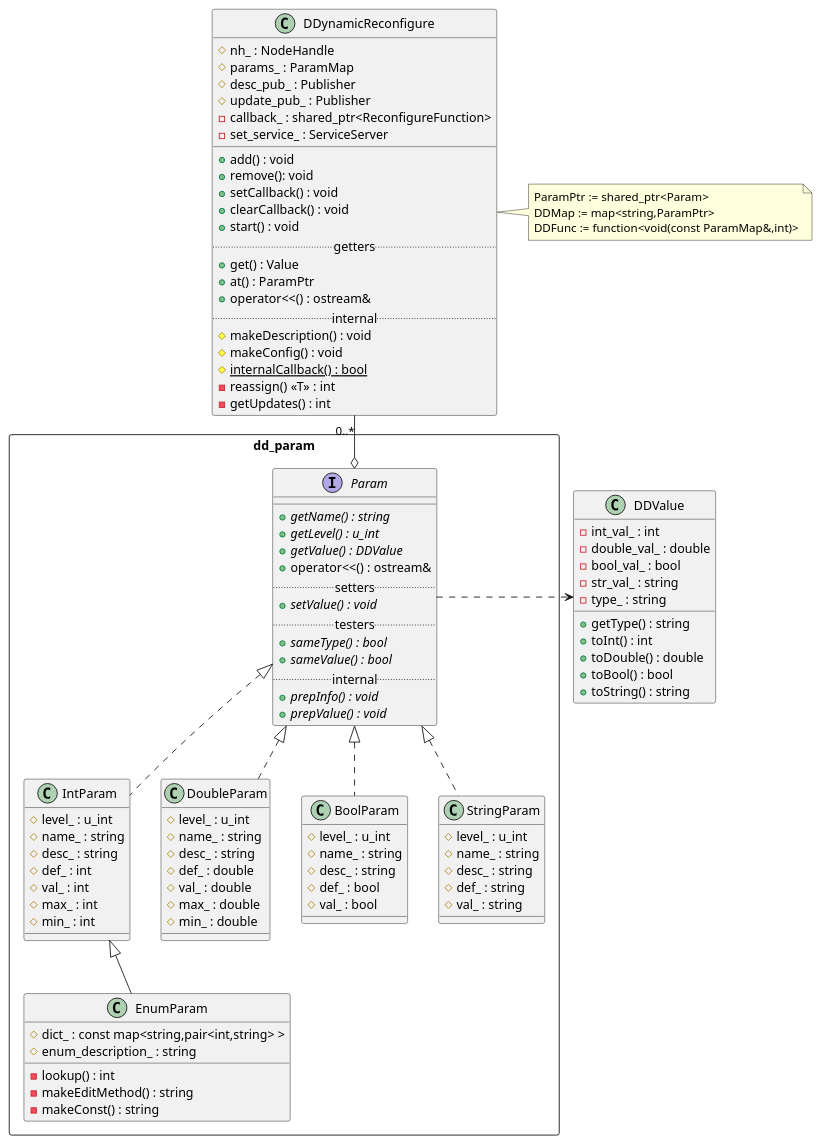
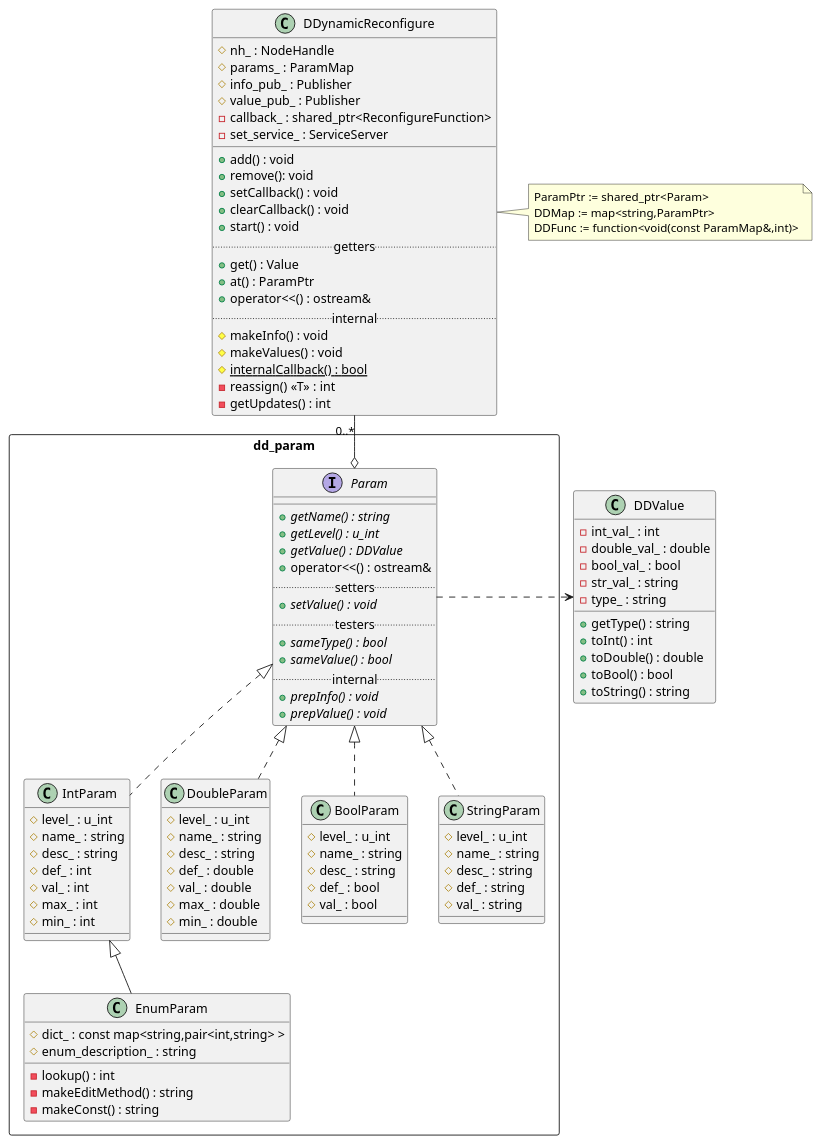
One commit to Noam-Dori/dynamica changed the diagram in uml/class_struct.puml. Above: the diagram before and after it, drawn with PlantUML. The commit also changed 4 other files, not shown here.

```diff
--- a/uml/class_struct.puml
+++ b/uml/class_struct.puml
@@ -1,103 +1,103 @@
 @startuml
 class DDynamicReconfigure {
     #nh_ : NodeHandle
     #params_ : ParamMap
-    #desc_pub_ : Publisher
-    #update_pub_ : Publisher
+    #info_pub_ : Publisher
+    #value_pub_ : Publisher
     -callback_ : shared_ptr<ReconfigureFunction>
     -set_service_ : ServiceServer
     __
     +add() : void
     +remove(): void
     +setCallback() : void
     +clearCallback() : void
     +start() : void
     ..getters..
     +get() : Value
     +at() : ParamPtr
     +operator<<() : ostream&
     ..internal..
-    #makeDescription() : void
-    #makeConfig() : void
+    #makeInfo() : void
+    #makeValues() : void
     #{static} internalCallback() : bool
     -reassign() <<T>> : int
     -getUpdates() : int
 }
 note right: ParamPtr := shared_ptr<Param>\nDDMap := map<string,ParamPtr>\nDDFunc := function<void(const ParamMap&,int)>
 class DDValue {
     -int_val_ : int
     -double_val_ : double
     -bool_val_ : bool
     -str_val_ : string
     -type_ : string
     +getType() : string
     +toInt() : int
     +toDouble() : double
     +toBool() : bool
     +toString() : string
 }
 package dd_param <<Rectangle>> {
     interface Param {
         __
         +{abstract} getName() : string
         +{abstract} getLevel() : u_int
         +{abstract} getValue() : DDValue
         +operator<<() : ostream&
         ..setters..
         +{abstract} setValue() : void
         ..testers..
         +{abstract} sameType() : bool
         +{abstract} sameValue() : bool
         ..internal..
         +{abstract} prepInfo() : void
         +{abstract} prepValue() : void
     }
     class IntParam {
         #level_ : u_int
         #name_ : string
         #desc_ : string
         #def_ : int
         #val_ : int
         #max_ : int
         #min_ : int
     }
     class DoubleParam {
         #level_ : u_int
         #name_ : string
         #desc_ : string
         #def_ : double
         #val_ : double
         #max_ : double
         #min_ : double
     }
     class BoolParam {
         #level_ : u_int
         #name_ : string
         #desc_ : string
         #def_ : bool
         #val_ : bool
     }
     class StringParam {
         #level_ : u_int
         #name_ : string
         #desc_ : string
         #def_ : string
         #val_ : string
     }
     class EnumParam {
       #dict_ : const map<string,pair<int,string> >
       #enum_description_ : string
       -lookup() : int
       -makeEditMethod() : string
       -makeConst() : string
     }
 }
 
 Param .> DDValue
 IntParam .u.|> Param
 DoubleParam .u.|> Param
 BoolParam .u.|> Param
 StringParam .u.|> Param
 EnumParam -u-|> IntParam
 DDynamicReconfigure "0..*" --o Param
 @enduml
```
